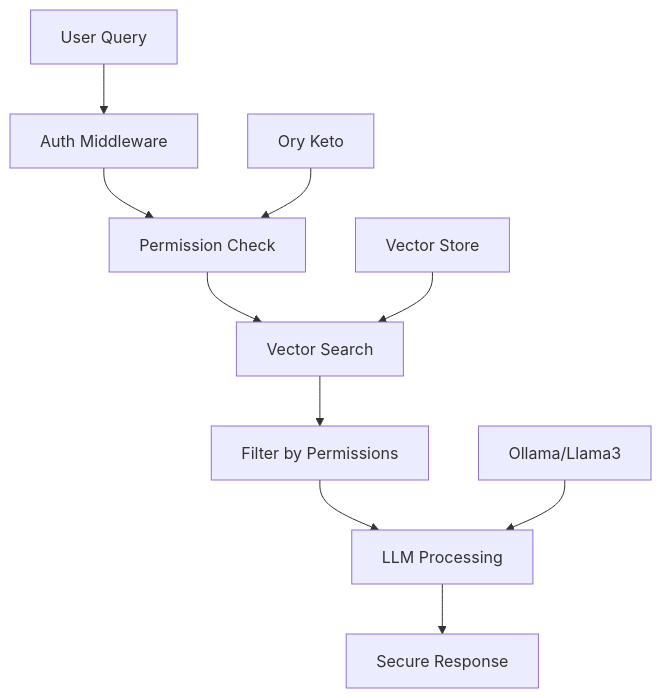
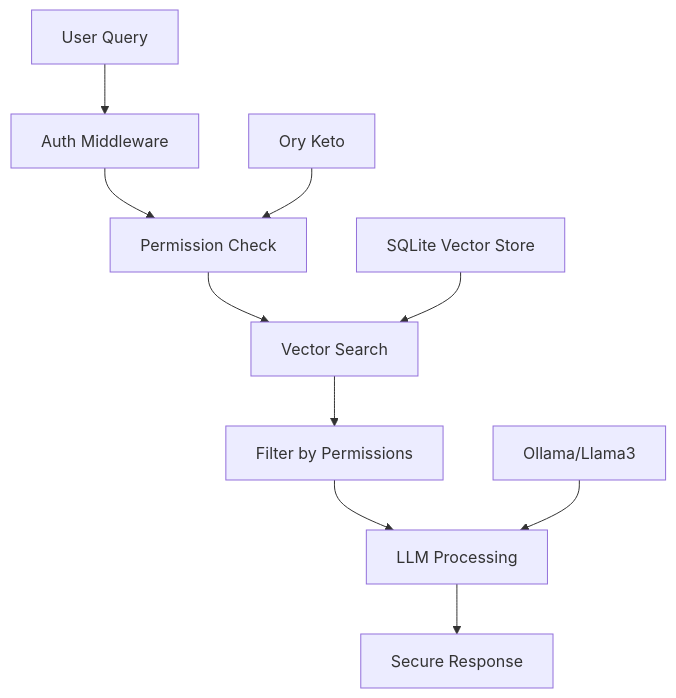
One commit to ory/rerag-rbac-rag-llm changed the diagram in README.md. Above: the diagram before and after it, drawn with Mermaid. The commit also changed other lines of this file and 17 other files, not shown here.

````diff
--- a/README.md
+++ b/README.md
@@ -85,13 +88,13 @@
 ```mermaid
 graph TD
     A[User Query] --> B[Auth Middleware]
     B --> C[Permission Check]
     C --> D[Vector Search]
     D --> E[Filter by Permissions]
     E --> F[LLM Processing]
     F --> G[Secure Response]
 
     H[Ory Keto] --> C
-    I[Vector Store] --> D
+    I[SQLite Vector Store] --> D
     J[Ollama/Llama3] --> F
 ```
````
